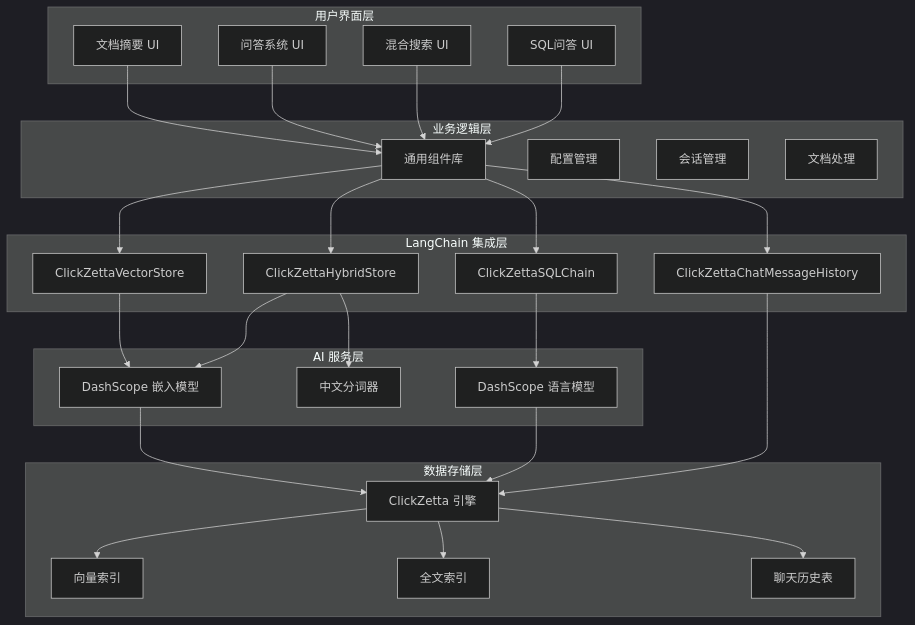
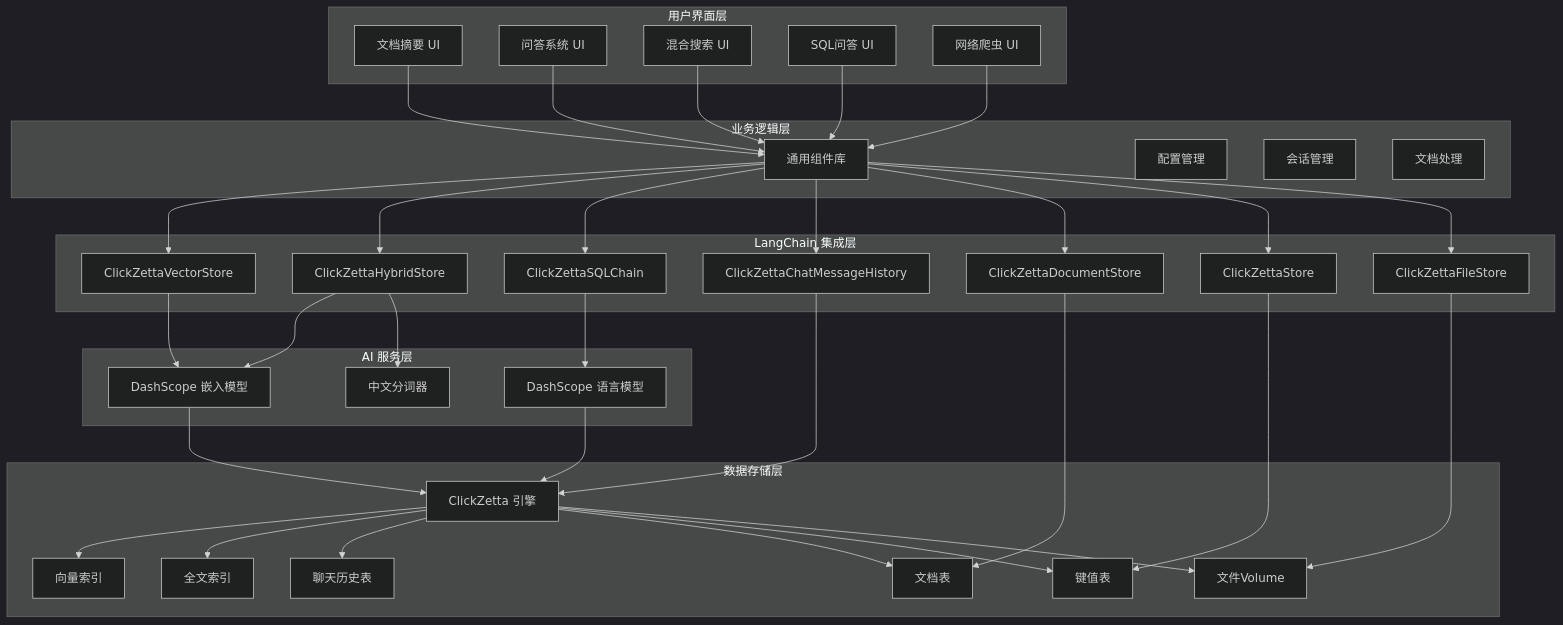
One commit to yunqiqiliang/clickzetta-langchain-examples changed the diagram in README.md. Above: the diagram before and after it, drawn with Mermaid (dark theme). The commit also changed other lines of this file and 4 other files, not shown here.

````diff
--- a/README.md
+++ b/README.md
@@ -148,59 +167,77 @@
 ```mermaid
 graph TB
     subgraph "用户界面层"
         A1[文档摘要 UI]
         A2[问答系统 UI]
         A3[混合搜索 UI]
         A4[SQL问答 UI]
+        A5[网络爬虫 UI]
     end
 
     subgraph "业务逻辑层"
         B1[通用组件库]
         B2[配置管理]
         B3[会话管理]
         B4[文档处理]
     end
 
     subgraph "LangChain 集成层"
         C1[ClickZettaVectorStore]
         C2[ClickZettaHybridStore]
         C3[ClickZettaSQLChain]
         C4[ClickZettaChatMessageHistory]
+        C5[ClickZettaDocumentStore]
+        C6[ClickZettaStore]
+        C7[ClickZettaFileStore]
     end
 
     subgraph "AI 服务层"
         D1[DashScope 嵌入模型]
         D2[DashScope 语言模型]
         D3[中文分词器]
     end
 
     subgraph "数据存储层"
         E1[ClickZetta 引擎]
         E2[向量索引]
         E3[全文索引]
         E4[聊天历史表]
+        E5[文档表]
+        E6[键值表]
+        E7[文件Volume]
     end
 
     A1 --> B1
     A2 --> B1
     A3 --> B1
     A4 --> B1
+    A5 --> B1
 
     B1 --> C1
     B1 --> C2
     B1 --> C3
     B1 --> C4
+    B1 --> C5
+    B1 --> C6
+    B1 --> C7
 
     C1 --> D1
     C2 --> D1
     C2 --> D3
     C3 --> D2
     C4 --> E1
 
     D1 --> E1
     D2 --> E1
 
     E1 --> E2
     E1 --> E3
     E1 --> E4
+    E1 --> E5
+    E1 --> E6
+    E1 --> E7
+
+    C5 --> E5
+    C6 --> E6
+    C7 --> E7
 ```
````
